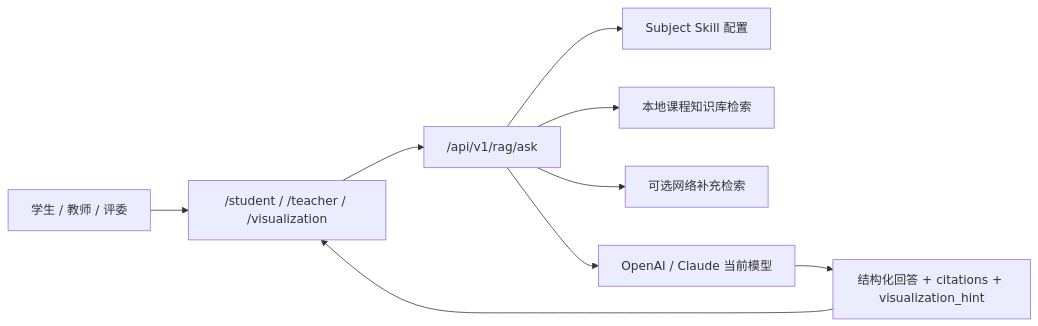
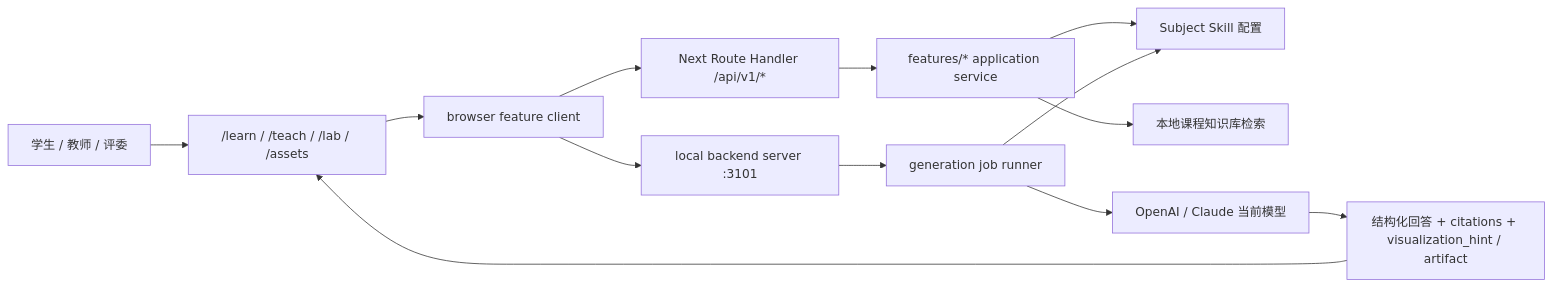
One commit to hanx-777/STEMotion changed the first of 4 diagrams in docs/system_architecture.md. Above: the diagram before and after it, drawn with Mermaid. The commit also changed other lines of this file and 39 other files, not shown here.

Commit message:
refactor: normalize project branding and architecture docs

````diff
--- a/docs/system_architecture.md
+++ b/docs/system_architecture.md
@@ -9,11 +9,15 @@
 ```mermaid
 flowchart LR
-  User["学生 / 教师 / 评委"] --> Page["/student / /teacher / /visualization"]
-  Page --> API["/api/v1/rag/ask"]
-  API --> Skill["Subject Skill 配置"]
-  API --> Local["本地课程知识库检索"]
-  API --> Web["可选网络补充检索"]
-  API --> Model["OpenAI / Claude 当前模型"]
-  Model --> Result["结构化回答 + citations + visualization_hint"]
+  User["学生 / 教师 / 评委"] --> Page["/learn / /teach / /lab / /assets"]
+  Page --> Client["browser feature client"]
+  Client --> Route["Next Route Handler /api/v1/*"]
+  Client --> Backend["local backend server :3101"]
+  Route --> Service["features/* application service"]
+  Backend --> Runner["generation job runner"]
+  Service --> Skill["Subject Skill 配置"]
+  Runner --> Skill
+  Service --> Local["本地课程知识库检索"]
+  Runner --> Model["OpenAI / Claude 当前模型"]
+  Model --> Result["结构化回答 + citations + visualization_hint / artifact"]
   Result --> Page
 ```
````
